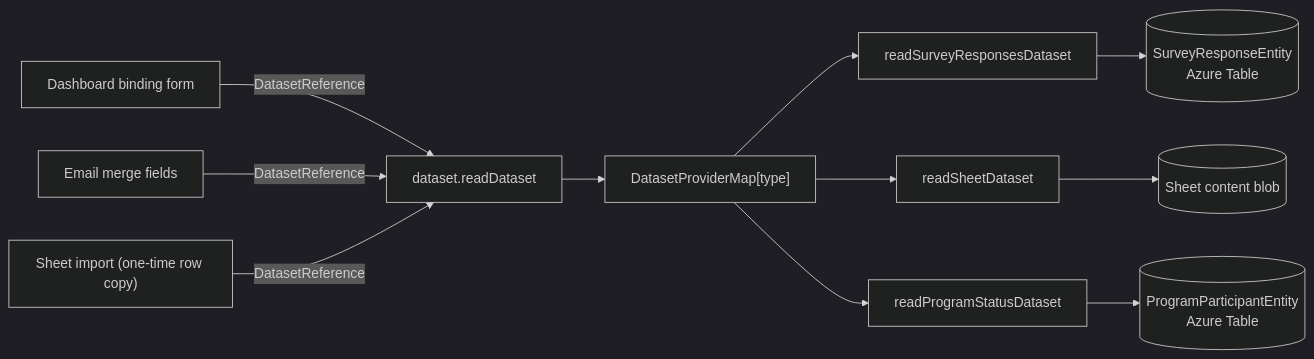
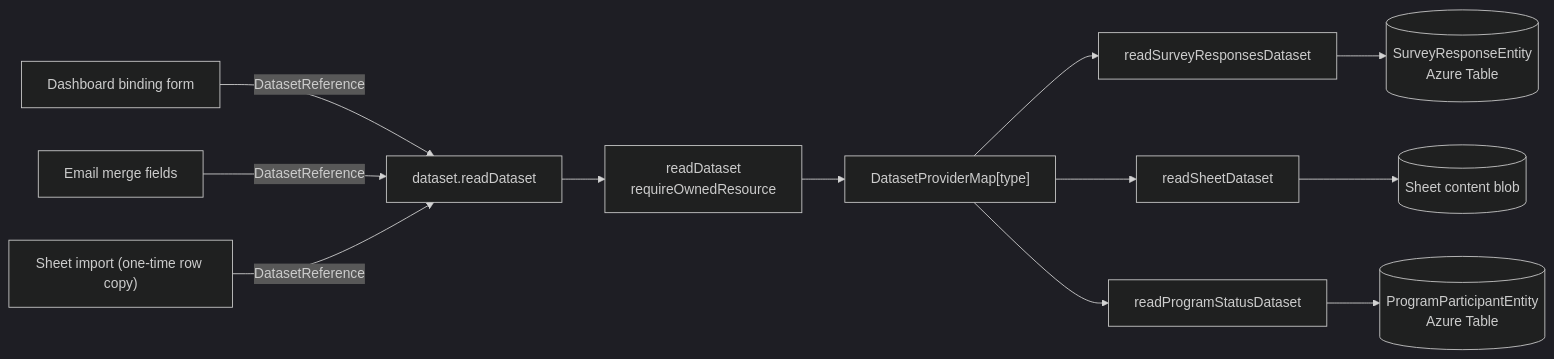
The diagram in apps/web/content/docs/architecture/dataset.md (Esposter/Esposter), drawn with Mermaid (dark theme) before and after one commit. The commit also changed other lines of this file and 11 other files, not shown here.

````diff
--- a/apps/web/content/docs/architecture/dataset.md
+++ b/apps/web/content/docs/architecture/dataset.md
@@ -51,10 +51,11 @@
 ```mermaid
 flowchart LR
   DASH["Dashboard binding form"] -->|DatasetReference| RD["dataset.readDataset"]
   EMAIL["Email merge fields"] -->|DatasetReference| RD
   IMPORT["Sheet import (one-time row copy)"] -->|DatasetReference| RD
-  RD --> MAP["DatasetProviderMap[type]"]
+  RD --> OWN["readDataset<br/>requireOwnedResource"]
+  OWN --> MAP["DatasetProviderMap[type]"]
   MAP --> SR["readSurveyResponsesDataset"] --> AT[("SurveyResponseEntity<br/>Azure Table")]
   MAP --> FR["readSheetDataset"] --> BLOB[("Sheet content blob")]
   MAP --> PR["readProgramStatusDataset"] --> PT[("ProgramParticipantEntity<br/>Azure Table")]
 ```
````
